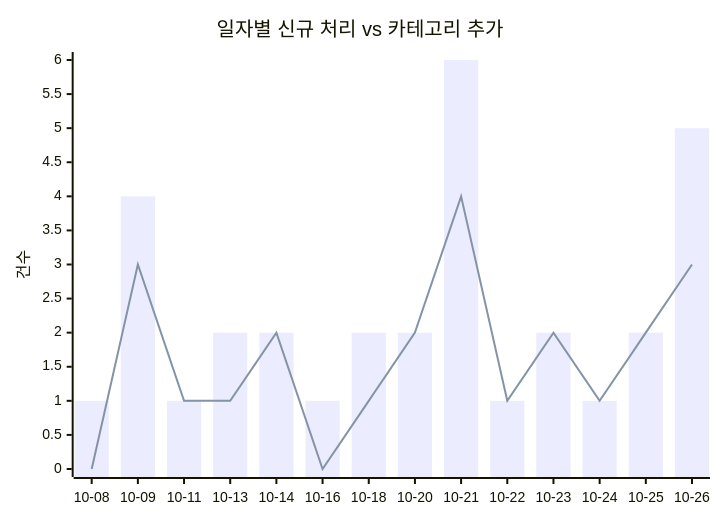
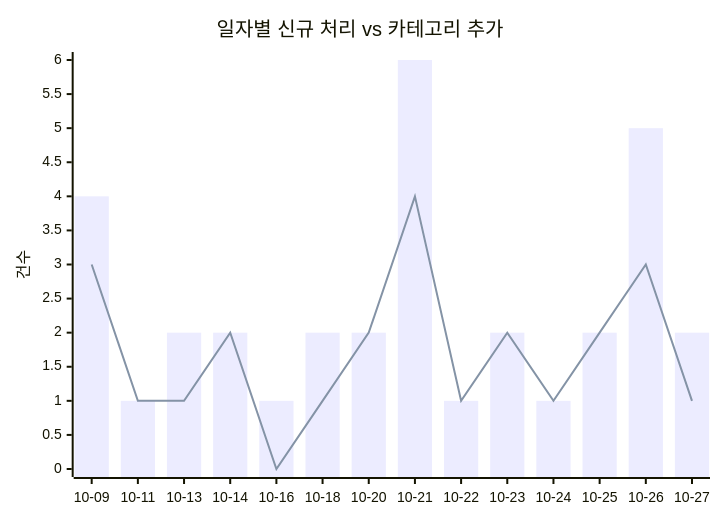
One commit to J-nowcow/awesome-korean-agent-skills changed the first of 2 diagrams in docs/trends.md. Above: the diagram before and after it, drawn with Mermaid. The commit also changed other lines of this file and 4 other files, not shown here.

````diff
--- a/docs/trends.md
+++ b/docs/trends.md
@@ -32,8 +32,8 @@
 ```mermaid
 xychart-beta
     title "일자별 신규 처리 vs 카테고리 추가"
-    x-axis ["10-08","10-09","10-11","10-13","10-14","10-16","10-18","10-20","10-21","10-22","10-23","10-24","10-25","10-26"]
+    x-axis ["10-09","10-11","10-13","10-14","10-16","10-18","10-20","10-21","10-22","10-23","10-24","10-25","10-26","10-27"]
     y-axis "건수"
-    bar [1,4,1,2,2,1,2,2,6,1,2,1,2,5]
-    line [0,3,1,1,2,0,1,2,4,1,2,1,2,3]
+    bar [4,1,2,2,1,2,2,6,1,2,1,2,5,2]
+    line [3,1,1,2,0,1,2,4,1,2,1,2,3,1]
 ```
````
